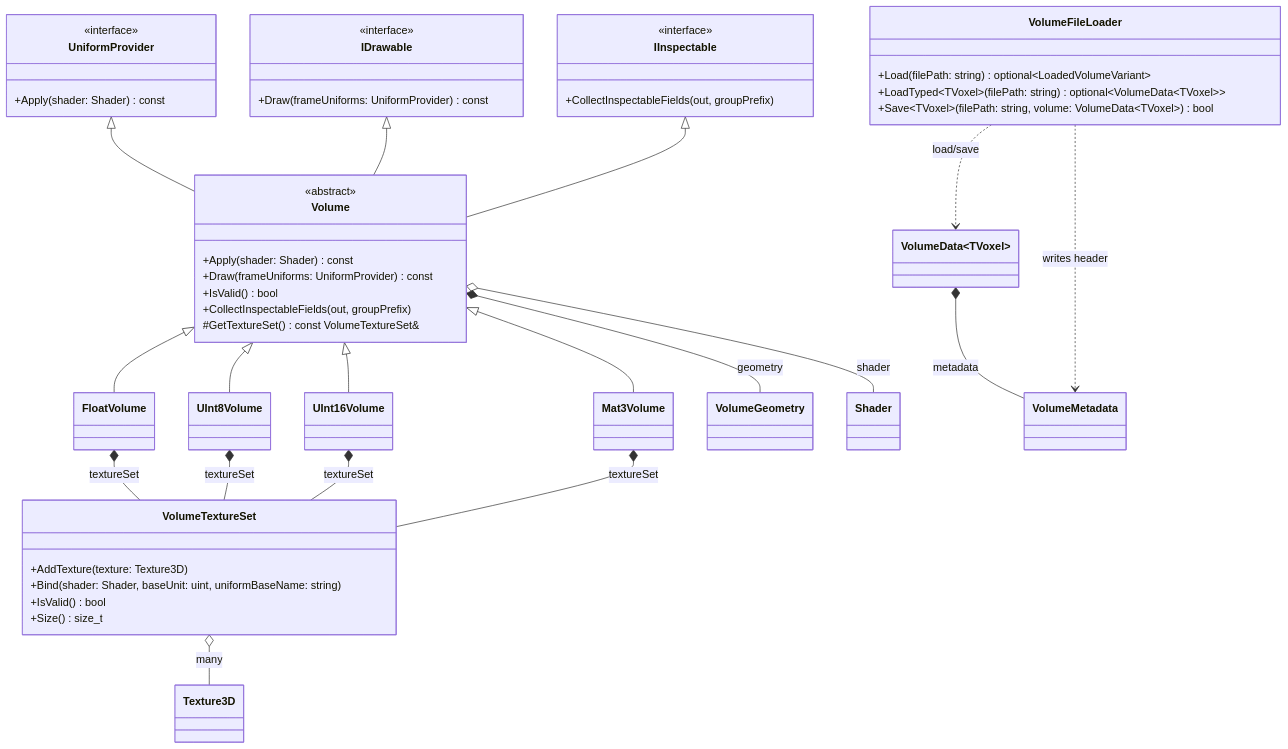
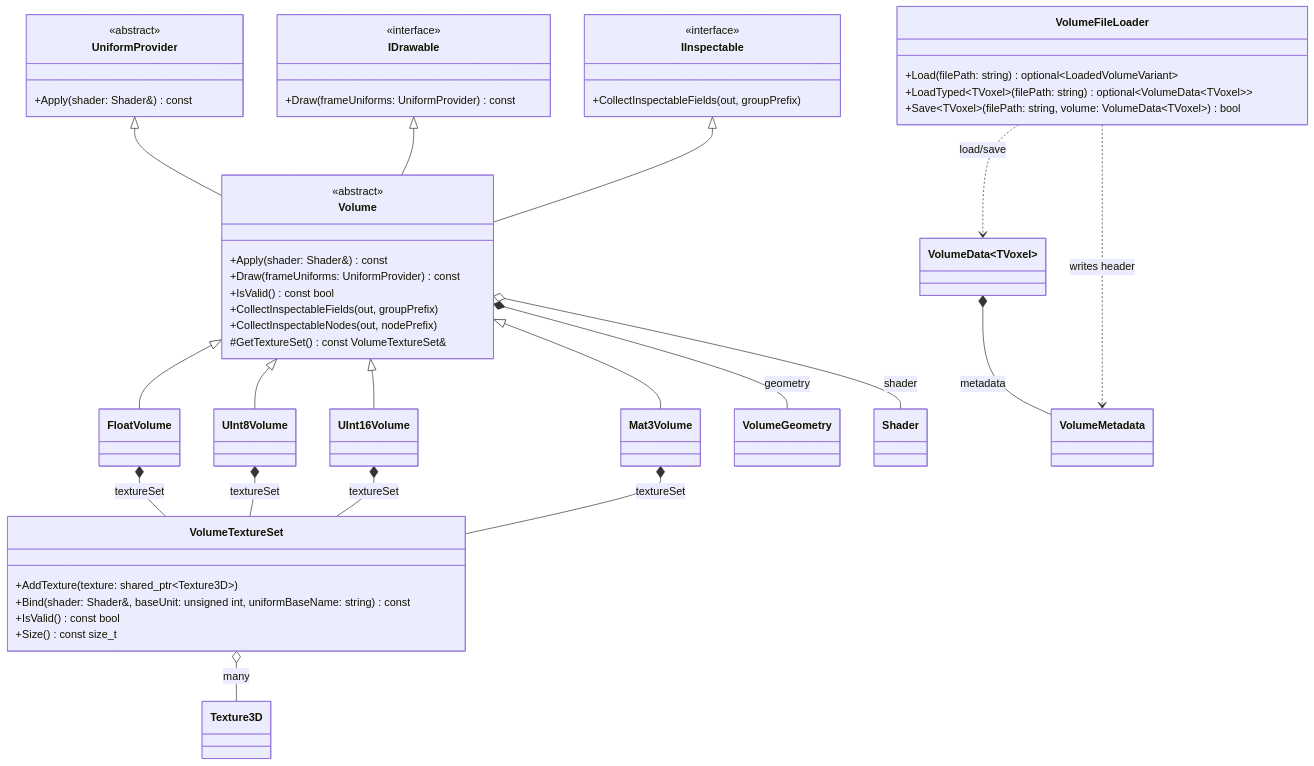
The diagram in docs/volume-class-diagram.mmd (Borobalaz/DTI-MRI-Imaging), drawn with Mermaid before and after one commit. The commit also changed 12 other files, not shown here.

```diff
--- a/docs/volume-class-diagram.mmd
+++ b/docs/volume-class-diagram.mmd
@@ -1,71 +1,72 @@
 classDiagram
 
 class UniformProvider {
-  <<interface>>
-  +Apply(shader: Shader) const
+  <<abstract>>
+  +Apply(shader: Shader&) const
 }
 
 class IDrawable {
   <<interface>>
   +Draw(frameUniforms: UniformProvider) const
 }
 
 class IInspectable {
   <<interface>>
   +CollectInspectableFields(out, groupPrefix)
 }
 
 class Volume {
   <<abstract>>
-  +Apply(shader: Shader) const
+  +Apply(shader: Shader&) const
   +Draw(frameUniforms: UniformProvider) const
-  +IsValid() bool
+  +IsValid() const bool
   +CollectInspectableFields(out, groupPrefix)
+  +CollectInspectableNodes(out, nodePrefix)
   #GetTextureSet() const VolumeTextureSet&
 }
 
 class FloatVolume
 class UInt8Volume
 class UInt16Volume
 class Mat3Volume
 
 class VolumeTextureSet {
-  +AddTexture(texture: Texture3D)
-  +Bind(shader: Shader, baseUnit: uint, uniformBaseName: string)
-  +IsValid() bool
-  +Size() size_t
+  +AddTexture(texture: shared_ptr~Texture3D~)
+  +Bind(shader: Shader&, baseUnit: unsigned int, uniformBaseName: string) const
+  +IsValid() const bool
+  +Size() const size_t
 }
 
 class VolumeData~TVoxel~
 class VolumeMetadata
 class VolumeFileLoader {
   +Load(filePath: string) optional~LoadedVolumeVariant~
   +LoadTyped~TVoxel~(filePath: string) optional~VolumeData~TVoxel~~
   +Save~TVoxel~(filePath: string, volume: VolumeData~TVoxel~) bool
 }
 
 class VolumeGeometry
 class Shader
 class Texture3D
 
 UniformProvider <|-- Volume
 IDrawable <|-- Volume
 IInspectable <|-- Volume
 
 Volume <|-- FloatVolume
 Volume <|-- UInt8Volume
 Volume <|-- UInt16Volume
 Volume <|-- Mat3Volume
 
 Volume *-- VolumeGeometry : geometry
 Volume o-- Shader : shader
 
 FloatVolume *-- VolumeTextureSet : textureSet
 UInt8Volume *-- VolumeTextureSet : textureSet
 UInt16Volume *-- VolumeTextureSet : textureSet
 Mat3Volume *-- VolumeTextureSet : textureSet
 VolumeTextureSet o-- Texture3D : many
 
 VolumeData~TVoxel~ *-- VolumeMetadata : metadata
 VolumeFileLoader ..> VolumeData~TVoxel~ : load/save
 VolumeFileLoader ..> VolumeMetadata : writes header
```
